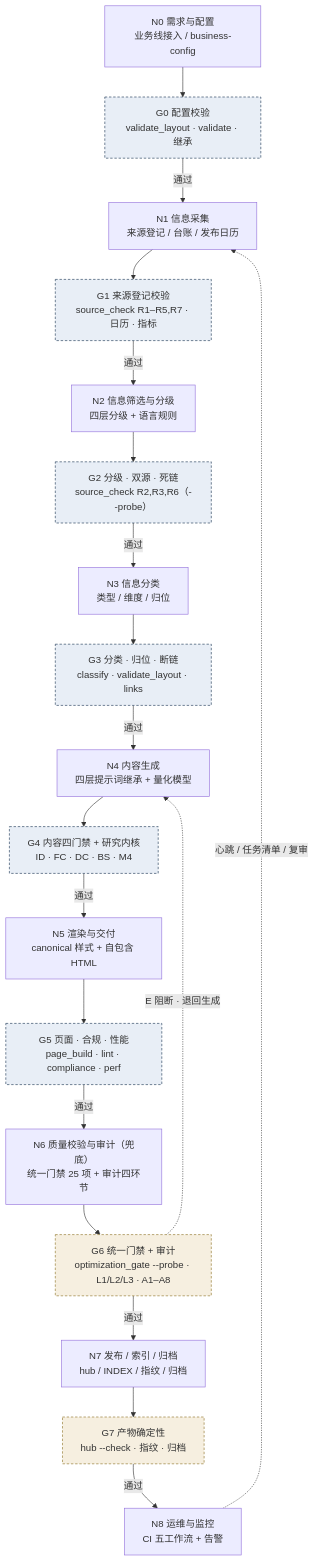
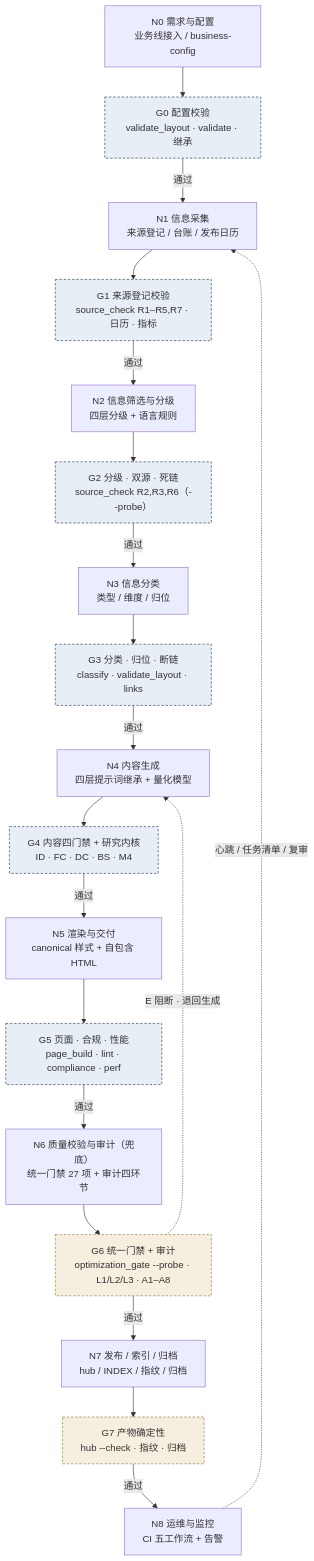
One commit to hmbphxkw76-byte/tech-context-digest changed the first of 4 diagrams in engine/docs/report-pipeline-system.md. Above: the diagram before and after it, drawn with Mermaid. The commit also changed other lines of this file and 23 other files, not shown here.

````diff
--- a/engine/docs/report-pipeline-system.md
+++ b/engine/docs/report-pipeline-system.md
@@ -28,25 +28,25 @@
 ```mermaid
 flowchart TD
     N0["N0 需求与配置<br/>业务线接入 / business-config"] --> G0["G0 配置校验<br/>validate_layout · validate · 继承"]
     G0 -->|通过| N1["N1 信息采集<br/>来源登记 / 台账 / 发布日历"]
     N1 --> G1["G1 来源登记校验<br/>source_check R1–R5,R7 · 日历 · 指标"]
     G1 -->|通过| N2["N2 信息筛选与分级<br/>四层分级 + 语言规则"]
     N2 --> G2["G2 分级 · 双源 · 死链<br/>source_check R2,R3,R6（--probe）"]
     G2 -->|通过| N3["N3 信息分类<br/>类型 / 维度 / 归位"]
     N3 --> G3["G3 分类 · 归位 · 断链<br/>classify · validate_layout · links"]
     G3 -->|通过| N4["N4 内容生成<br/>四层提示词继承 + 量化模型"]
     N4 --> G4["G4 内容四门禁 + 研究内核<br/>ID · FC · DC · BS · M4"]
     G4 -->|通过| N5["N5 渲染与交付<br/>canonical 样式 + 自包含 HTML"]
     N5 --> G5["G5 页面 · 合规 · 性能<br/>page_build · lint · compliance · perf"]
-    G5 -->|通过| N6["N6 质量校验与审计（兜底）<br/>统一门禁 25 项 + 审计四环节"]
+    G5 -->|通过| N6["N6 质量校验与审计（兜底）<br/>统一门禁 27 项 + 审计四环节"]
     N6 --> G6["G6 统一门禁 + 审计<br/>optimization_gate --probe · L1/L2/L3 · A1–A8"]
     G6 -->|通过| N7["N7 发布 / 索引 / 归档<br/>hub / INDEX / 指纹 / 归档"]
     N7 --> G7["G7 产物确定性<br/>hub --check · 指纹 · 归档"]
     G7 -->|通过| N8["N8 运维与监控<br/>CI 五工作流 + 告警"]
     N8 -. "心跳 / 任务清单 / 复审" .-> N1
     G6 -. "E 阻断 · 退回生成" .-> N4
     classDef shift fill:#e8eef6,stroke:#16324f,stroke-dasharray:4 3;
     classDef backstop fill:#f6efe0,stroke:#8a6d1f,stroke-dasharray:4 3;
     class G0,G1,G2,G3,G4,G5 shift;
     class G6,G7,G8 backstop;
 ```
````
